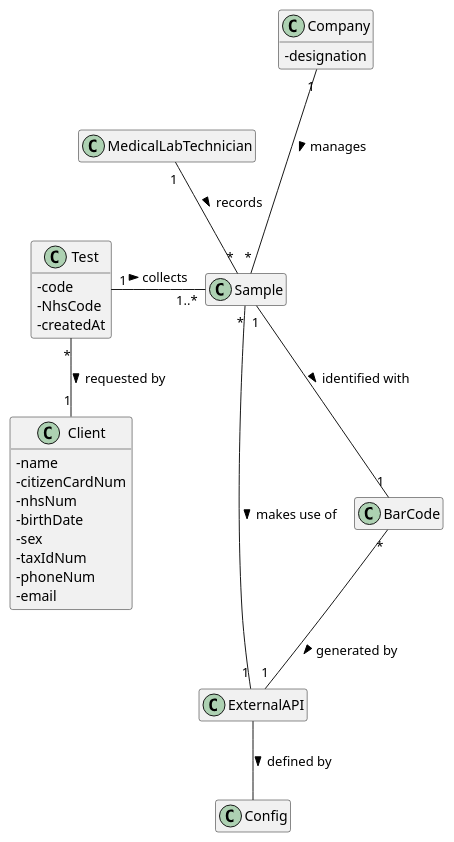
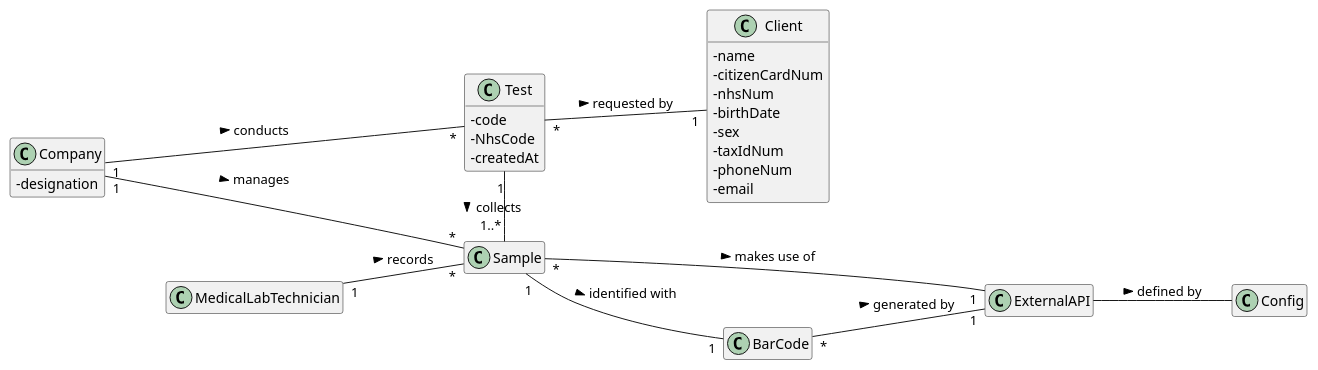
Before and after one commit to ana-albergaria/LAPR2-ISEP: the diagram in docs/SprintC/US_5/US5_DM.puml, drawn with PlantUML. The commit also changed 2 other files, not shown here.

Commit message:
US5 Class Diagram Continuation

```diff
--- a/docs/SprintC/US_5/US5_DM.puml
+++ b/docs/SprintC/US_5/US5_DM.puml
@@ -1,77 +1,79 @@
 @startuml
 
 skinparam classAttributeIconSize 0
 hide empty methods
 hide empty attributes
+left to right direction
 
 class MedicalLabTechnician{}
 
 class Sample{}
 
 class Test{
 - code
 - NhsCode
 - createdAt
 }
 
 class BarCode {}
 
 class ExternalAPI{}
 
 /'class LabOrder{}'/
 
 class Client{
 - name
 - citizenCardNum
 - nhsNum
 - birthDate
 - sex
 - taxIdNum
 - phoneNum
 - email
 }
 
 /'
 class TestType{
 - code
 - description
 - collectingMethod
 }'/
 
 /'class Parameter {
   -code
   -shortName
   -description
 }'/
 
 class Company {
 -designation
 }
 
 class Config {}
 
 
 
 
 MedicalLabTechnician "1" -- "*" Sample : records >
 Sample "1" -- "1" BarCode : identified with >
 BarCode "*" -- "1" ExternalAPI : generated by >
 Test "1" - "1..*" Sample : collects >
 /'Test "1" --- "1" LabOrder : originates <'/
 /'LabOrder "1..*" --- "1" Client : provided by >'/
 
 /'comment line above'/
 /'Test "*" -- "1" TestType : classified as >'/
 
 /'LabOrder -- TestType : contains >'/
 /'LabOrder -- "1..*" Parameter : contains >'/
 
 ExternalAPI -- Config : defined by >
 Test "*" -- "1" Client : requested by >
 Sample "*" - "1" ExternalAPI : makes use of >
 Company "1" --- "*" Sample : manages >
+Company "1" --- "*" Test : conducts >
 
 
 
 
 @enduml
```
